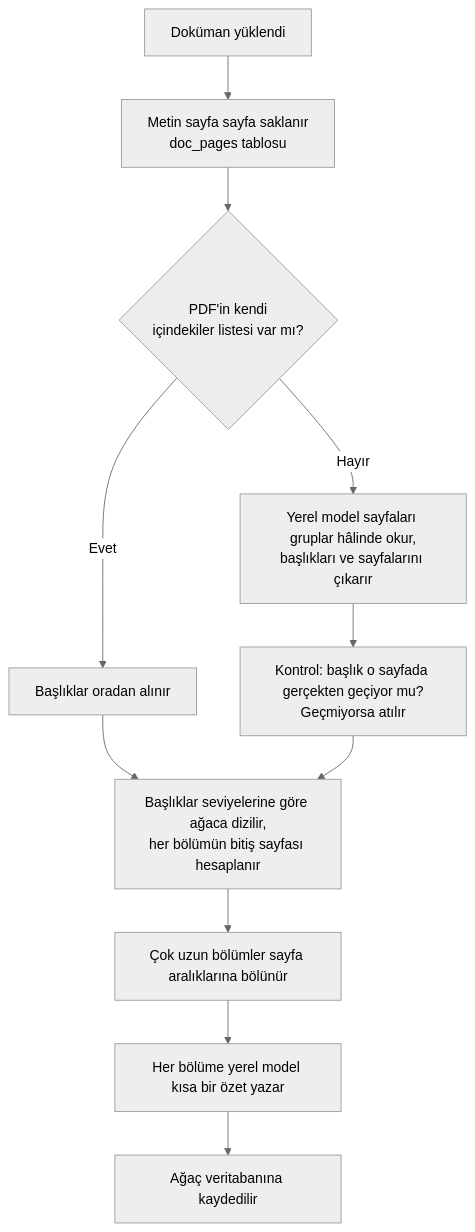
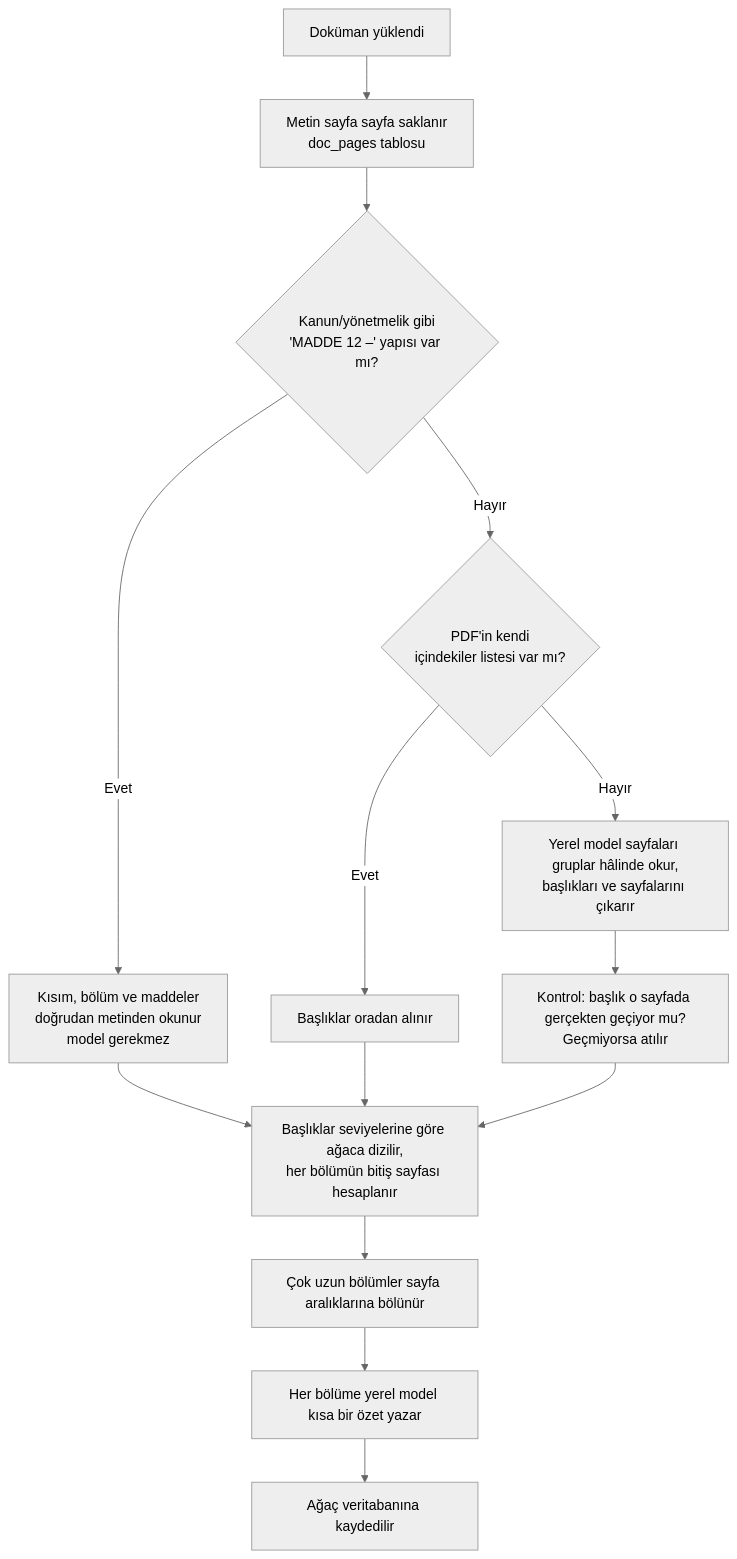
The seventh of 8 diagrams in ARCHITECTURE.md (iremdalkran/rag-chatbot), drawn with Mermaid (neutral theme) before and after one commit. The commit also changed other lines of this file and 7 other files, not shown here.

First line of the commit message:
PageIndex: kanun maddelerini ayrı bölüm yap, iki adımlı arama, İş Kanunu testi

````diff
--- a/ARCHITECTURE.md
+++ b/ARCHITECTURE.md
@@ -758,13 +760,16 @@
 ```mermaid
 flowchart TD
     A[Doküman yüklendi] --> B[Metin sayfa sayfa saklanır<br/>doc_pages tablosu]
-    B --> C{PDF'in kendi<br/>içindekiler listesi var mı?}
+    B --> L{Kanun/yönetmelik gibi<br/>'MADDE 12 –' yapısı var mı?}
+    L -- Evet --> M[Kısım, bölüm ve maddeler<br/>doğrudan metinden okunur<br/>model gerekmez]
+    M --> T
+    L -- Hayır --> C{PDF'in kendi<br/>içindekiler listesi var mı?}
     C -- Evet --> E[Başlıklar oradan alınır]
     C -- Hayır --> D[Yerel model sayfaları gruplar hâlinde okur,<br/>başlıkları ve sayfalarını çıkarır]
     D --> V[Kontrol: başlık o sayfada gerçekten geçiyor mu?<br/>Geçmiyorsa atılır]
     E --> T
     V --> T[Başlıklar seviyelerine göre ağaca dizilir,<br/>her bölümün bitiş sayfası hesaplanır]
     T --> S[Çok uzun bölümler sayfa aralıklarına bölünür]
     S --> O[Her bölüme yerel model kısa bir özet yazar]
     O --> K[Ağaç veritabanına kaydedilir]
 ```
````
